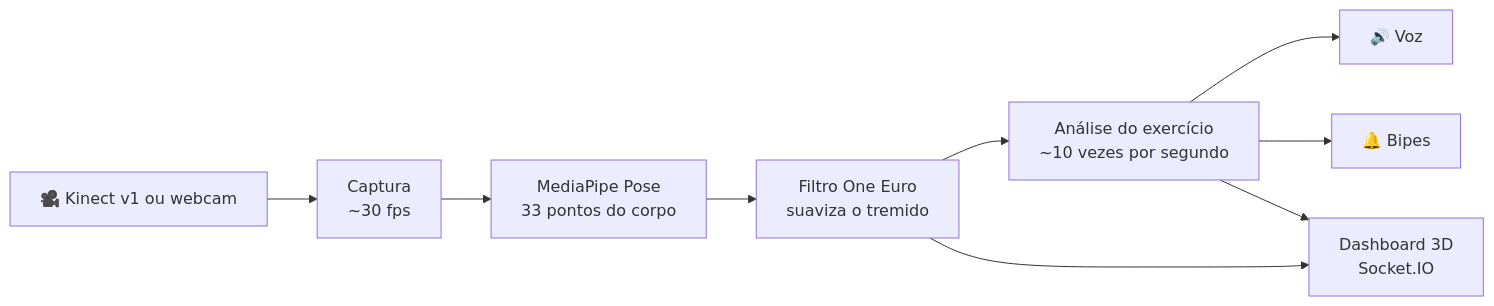
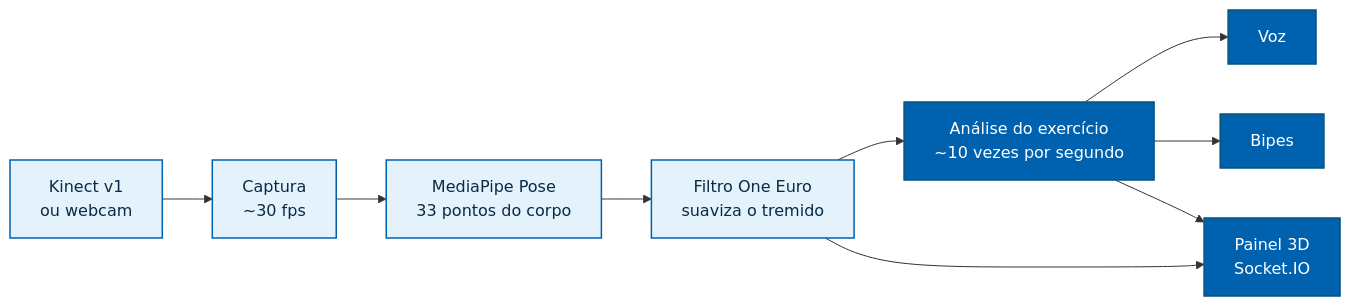
The diagram in README.md (TulioH4/GuiaMove), drawn with Mermaid before and after one commit. The commit also changed other lines of this file and 13 other files, not shown here.

````diff
--- a/README.md
+++ b/README.md
@@ -42,11 +49,15 @@
 ```mermaid
 flowchart LR
-    K["🎥 Kinect v1 ou webcam"] --> C["Captura<br/>~30 fps"]
+    K["Kinect v1<br/>ou webcam"] --> C["Captura<br/>~30 fps"]
     C --> M["MediaPipe Pose<br/>33 pontos do corpo"]
     M --> F["Filtro One Euro<br/>suaviza o tremido"]
     F --> A["Análise do exercício<br/>~10 vezes por segundo"]
-    F --> D["Dashboard 3D<br/>Socket.IO"]
-    A --> V["🔊 Voz"]
-    A --> B["🔔 Bipes"]
+    F --> D["Painel 3D<br/>Socket.IO"]
+    A --> V["Voz"]
+    A --> B["Bipes"]
     A --> D
+    classDef entrada fill:#E4F2FC,stroke:#0061AE,stroke-width:1.5px,color:#0B2A44
+    classDef saida fill:#0061AE,stroke:#04537F,stroke-width:1.5px,color:#FFFFFF
+    class K,C,M,F entrada
+    class A,D,V,B saida
 ```
````
